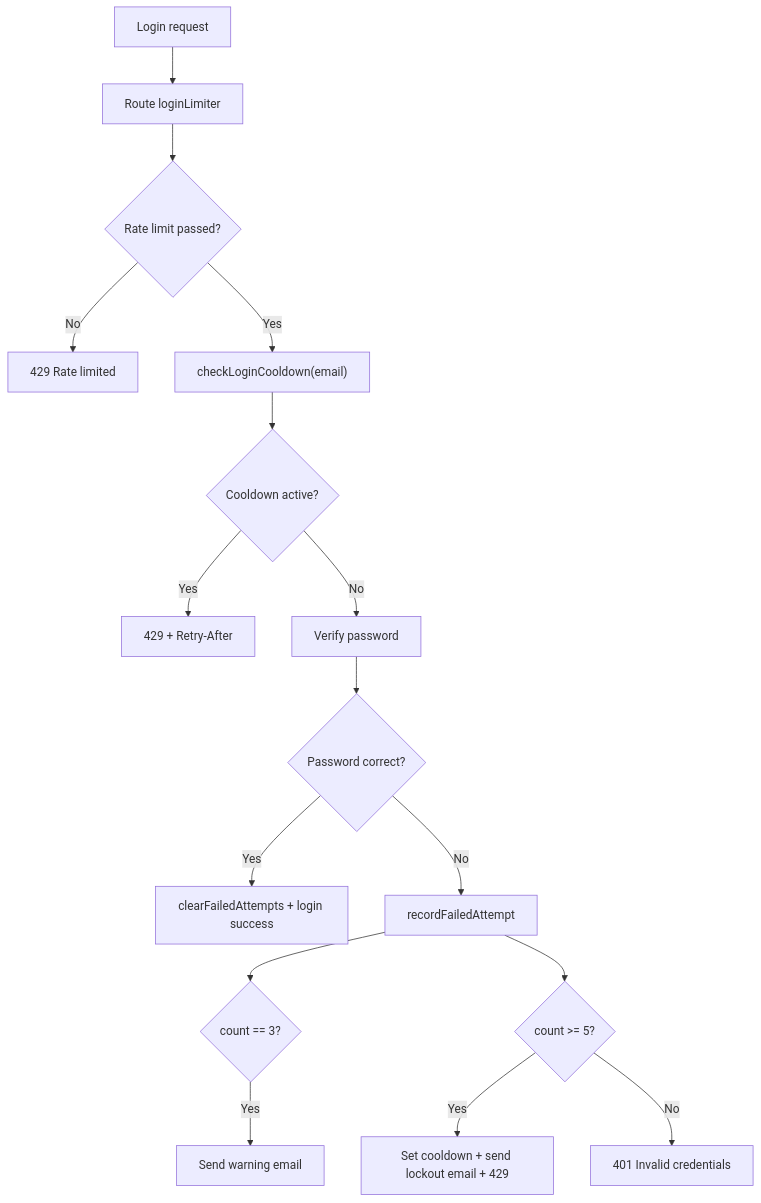
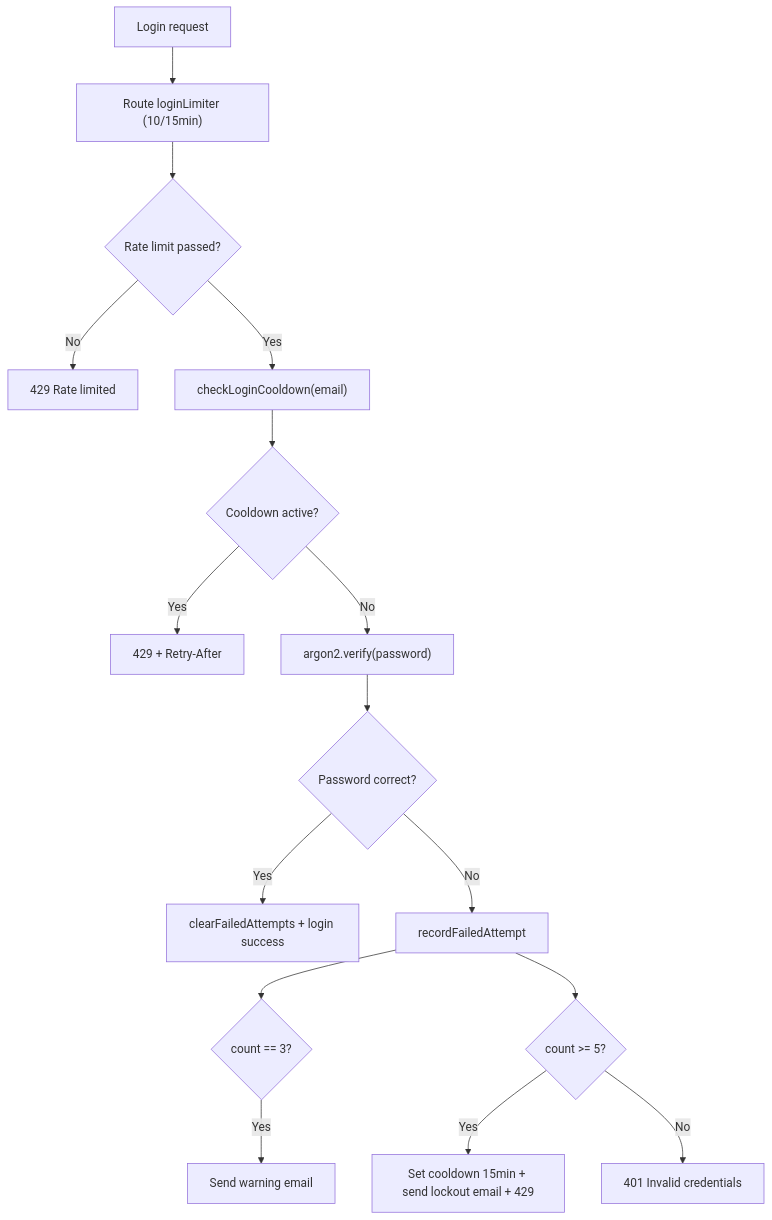
Before and after one commit to IamDevTrivedi/Trimium: the tenth of 10 diagrams in docs/architecture/AUTHENTICATION_AND_SESSION_MANAGEMENT_ARCHITECTURE.md, drawn with Mermaid. The commit also changed other lines of this file and 5 other files, not shown here.

````diff
--- a/docs/architecture/AUTHENTICATION_AND_SESSION_MANAGEMENT_ARCHITECTURE.md
+++ b/docs/architecture/AUTHENTICATION_AND_SESSION_MANAGEMENT_ARCHITECTURE.md
@@ -341,22 +437,22 @@
 ```mermaid
 flowchart TD
-    A["Login request"] --> B["Route loginLimiter"]
+    A["Login request"] --> B["Route loginLimiter (10/15min)"]
     B --> C{"Rate limit passed?"}
     C -- No --> C1["429 Rate limited"]
     C -- Yes --> D["checkLoginCooldown(email)"]
 
     D --> E{"Cooldown active?"}
     E -- Yes --> E1["429 + Retry-After"]
-    E -- No --> F["Verify password"]
+    E -- No --> F["argon2.verify(password)"]
 
     F --> G{"Password correct?"}
     G -- Yes --> H["clearFailedAttempts + login success"]
     G -- No --> I["recordFailedAttempt"]
 
     I --> J{"count == 3?"}
     J -- Yes --> J1["Send warning email"]
 
     I --> K{"count >= 5?"}
-    K -- Yes --> K1["Set cooldown + send lockout email + 429"]
+    K -- Yes --> K1["Set cooldown 15min + send lockout email + 429"]
     K -- No --> K2["401 Invalid credentials"]
 ```
````
